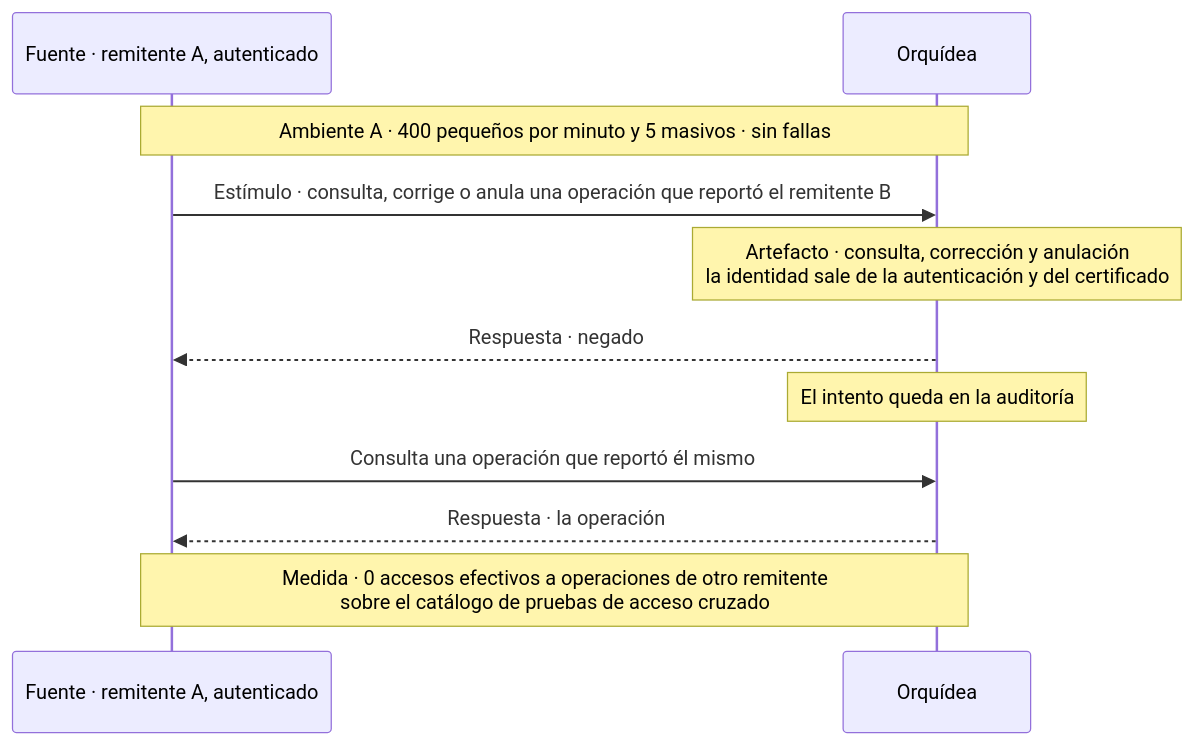
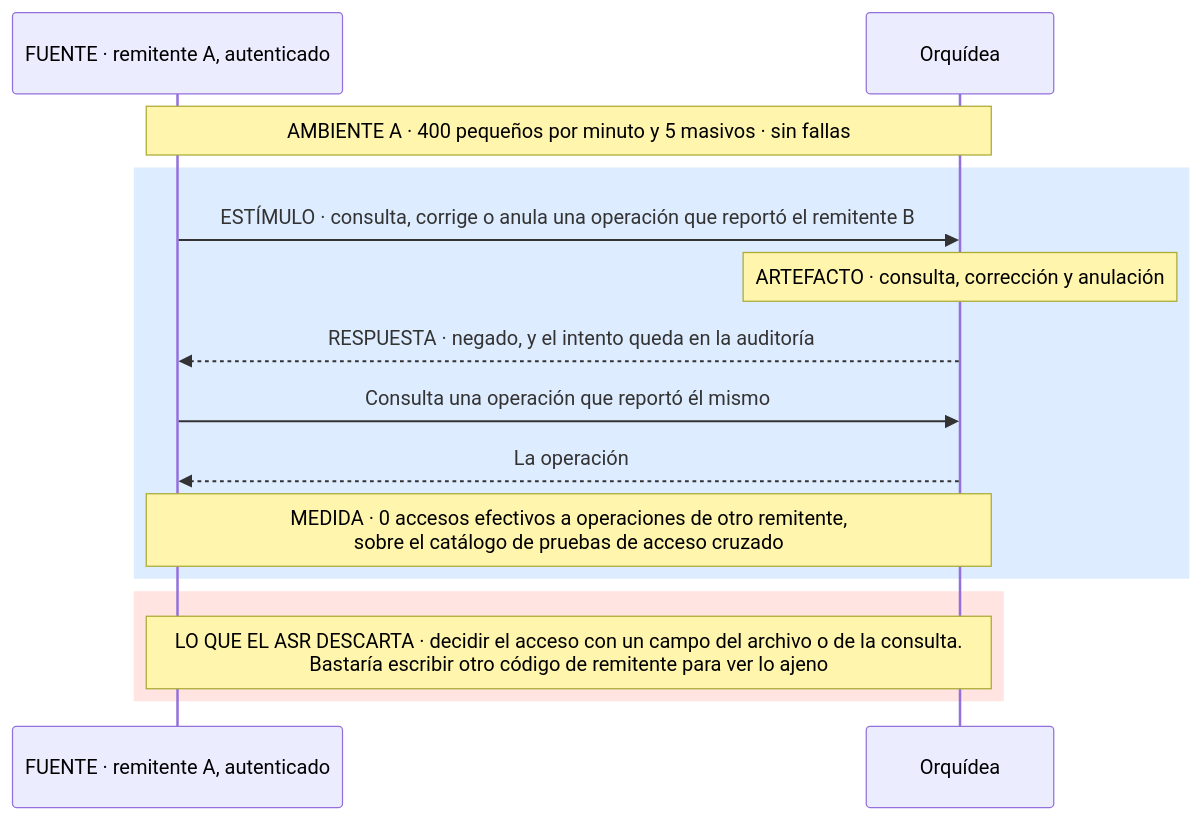
Before and after one commit to MATI-MBIT/arqsoft-reto-4: the tenth of 17 diagrams in docs/quality-attributes.md, drawn with Mermaid. The commit also changed other lines of this file, not shown here.

Commit message:
Rediseña los diagramas de los ASR: banda de lo medido y banda de lo que el ASR descarta

````diff
--- a/docs/quality-attributes.md
+++ b/docs/quality-attributes.md
@@ -423,13 +477,17 @@
 ```mermaid
 sequenceDiagram
-    participant A as Fuente · remitente A, autenticado
+    participant A as FUENTE · remitente A, autenticado
     participant O as Orquídea
-    Note over A,O: Ambiente A · 400 pequeños por minuto y 5 masivos · sin fallas
-    A->>O: Estímulo · consulta, corrige o anula una operación que reportó el remitente B
-    Note over O: Artefacto · consulta, corrección y anulación<br/>la identidad sale de la autenticación y del certificado
-    O-->>A: Respuesta · negado
-    Note over O: El intento queda en la auditoría
+    Note over A,O: AMBIENTE A · 400 pequeños por minuto y 5 masivos · sin fallas
+    rect rgb(222, 236, 255)
+    A->>O: ESTÍMULO · consulta, corrige o anula una operación que reportó el remitente B
+    Note over O: ARTEFACTO · consulta, corrección y anulación
+    O-->>A: RESPUESTA · negado, y el intento queda en la auditoría
     A->>O: Consulta una operación que reportó él mismo
-    O-->>A: Respuesta · la operación
-    Note over A,O: Medida · 0 accesos efectivos a operaciones de otro remitente<br/>sobre el catálogo de pruebas de acceso cruzado
+    O-->>A: La operación
+    Note over A,O: MEDIDA · 0 accesos efectivos a operaciones de otro remitente,<br/>sobre el catálogo de pruebas de acceso cruzado
+    end
+    rect rgb(255, 228, 225)
+    Note over A,O: LO QUE EL ASR DESCARTA · decidir el acceso con un campo del archivo o de la consulta.<br/>Bastaría escribir otro código de remitente para ver lo ajeno
+    end
 ```
````
